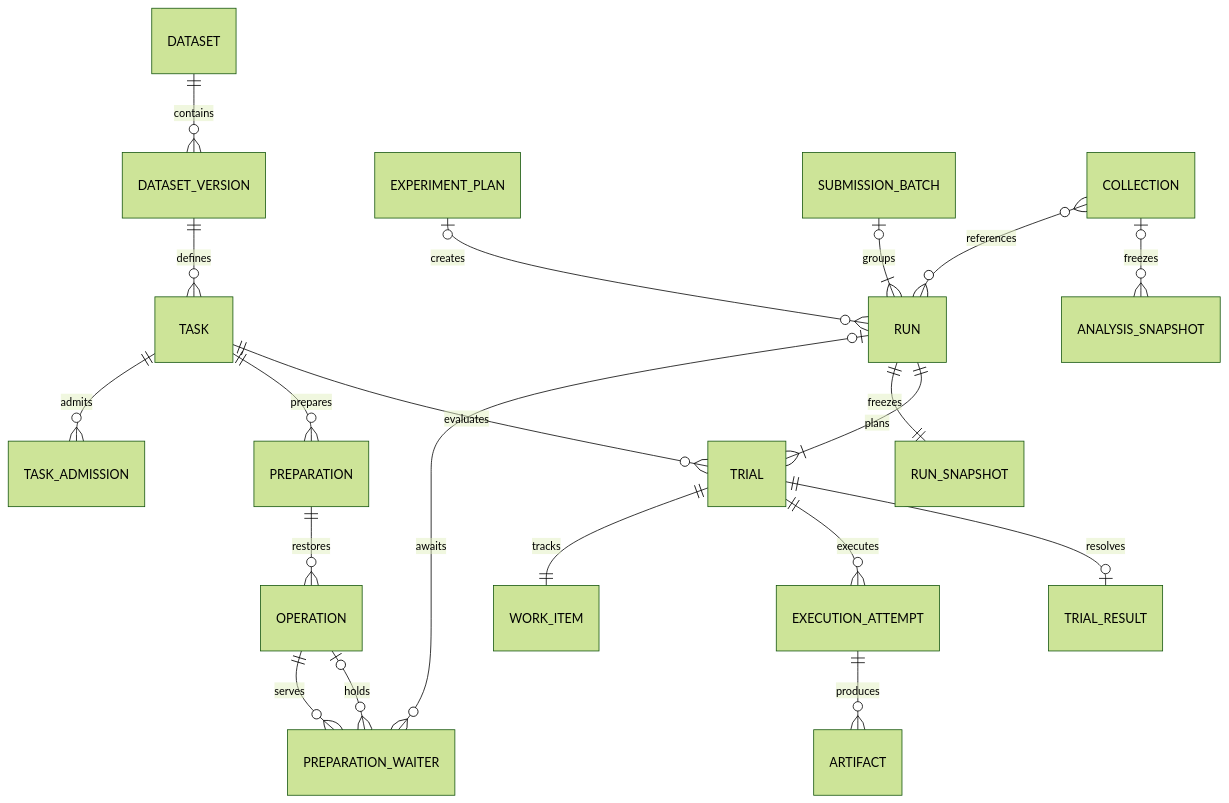
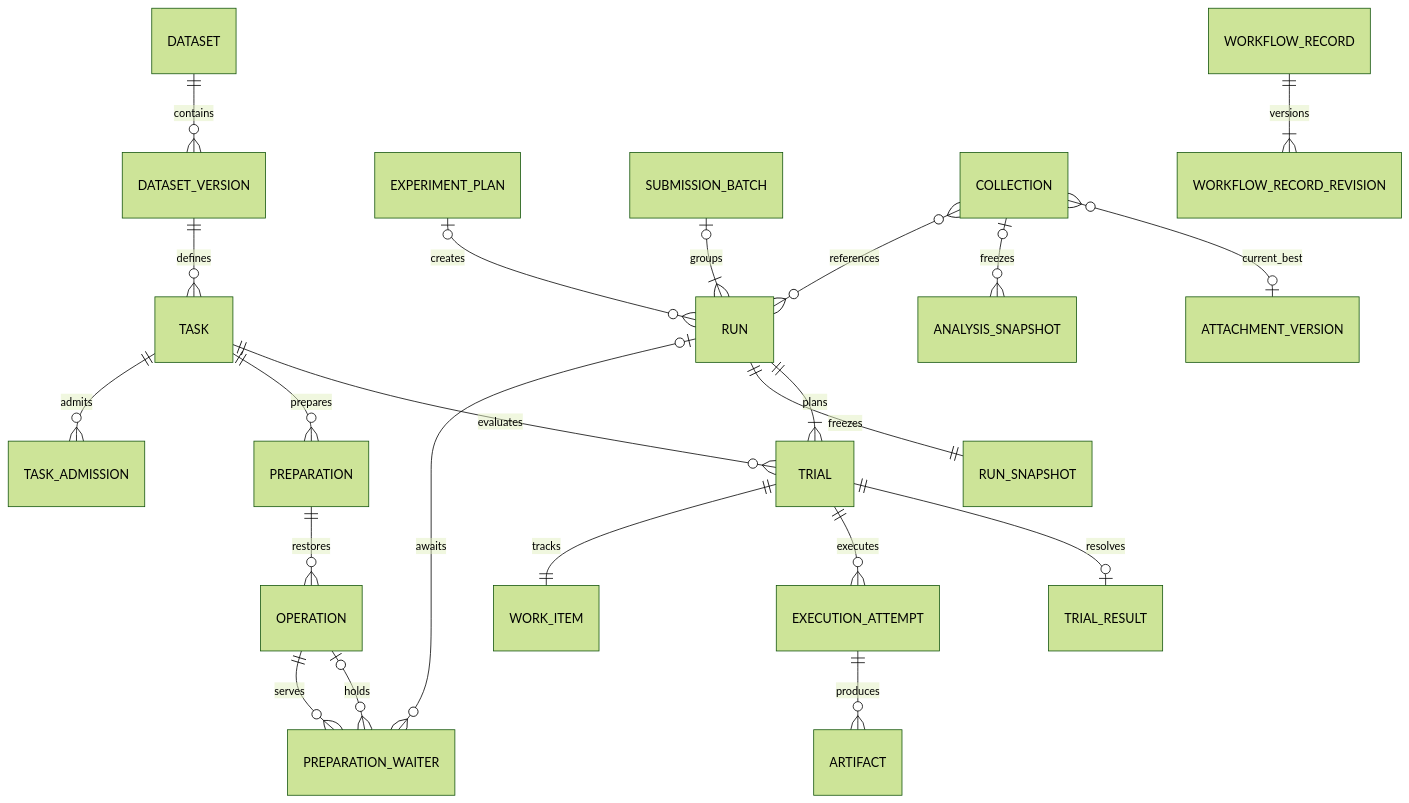
The diagram in docs/design/01-domain-model.md (au12321ua/maestro), drawn with Mermaid (forest theme) before and after one commit. The commit also changed other lines of this file and 49 other files, not shown here.

First line of the commit message:
feat: workflow records and the collection current-best pointer

```diff
--- a/docs/design/01-domain-model.md
+++ b/docs/design/01-domain-model.md
@@ -37,22 +38,24 @@
 ~~~mermaid
 erDiagram
     DATASET ||--o{ DATASET_VERSION : contains
     DATASET_VERSION ||--o{ TASK : defines
     TASK ||--o{ TASK_ADMISSION : admits
     TASK ||--o{ PREPARATION : prepares
     PREPARATION ||--o{ OPERATION : restores
     OPERATION ||--o{ PREPARATION_WAITER : serves
     RUN |o--o{ PREPARATION_WAITER : awaits
     OPERATION |o--o{ PREPARATION_WAITER : holds
     EXPERIMENT_PLAN o|--o{ RUN : creates
     SUBMISSION_BATCH o|--|{ RUN : groups
     RUN ||--|| RUN_SNAPSHOT : freezes
     RUN ||--|{ TRIAL : plans
     TASK ||--o{ TRIAL : evaluates
     TRIAL ||--|| WORK_ITEM : tracks
     TRIAL ||--o{ EXECUTION_ATTEMPT : executes
     TRIAL ||--o| TRIAL_RESULT : resolves
     EXECUTION_ATTEMPT ||--o{ ARTIFACT : produces
     COLLECTION }o--o{ RUN : references
     COLLECTION o|--o{ ANALYSIS_SNAPSHOT : freezes
+    COLLECTION }o--o| ATTACHMENT_VERSION : current_best
+    WORKFLOW_RECORD ||--|{ WORKFLOW_RECORD_REVISION : versions
 ~~~
```
